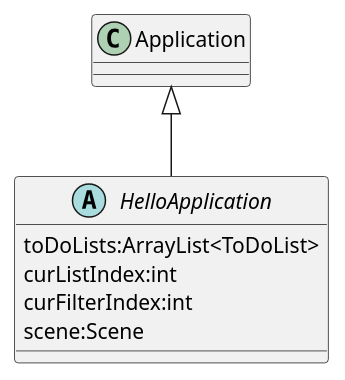
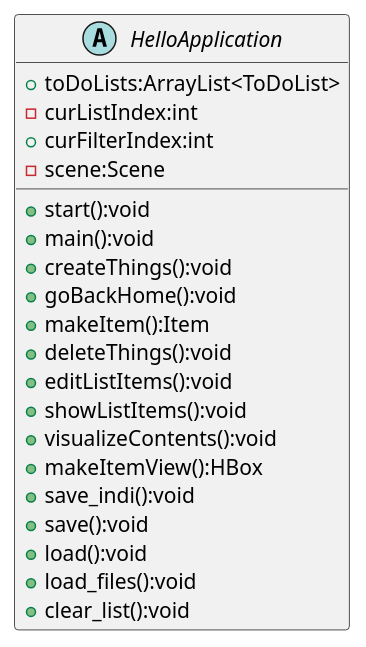
The diagram in src/uml/HelloApplication.puml (tiffanythani/Thani-cop3330-assignment4part2), drawn with PlantUML before and after one commit. The commit also changed 10 other files, not shown here.

```diff
--- a/src/uml/HelloApplication.puml
+++ b/src/uml/HelloApplication.puml
@@ -1,15 +1,26 @@
 @startuml
 'https://plantuml.com/class-diagram
 
 abstract class HelloApplication{
-     toDoLists:ArrayList<ToDoList>
-     curListIndex:int
-     curFilterIndex:int
-     scene:Scene
+    +toDoLists:ArrayList<ToDoList>
+    -curListIndex:int
+    +curFilterIndex:int
+    -scene:Scene
+    +start():void
+    +main():void
+    +createThings():void
+    +goBackHome():void
+    +makeItem():Item
+    +deleteThings():void
+    +editListItems():void
+    +showListItems():void
+    +visualizeContents():void
+    +makeItemView():HBox
+    +save_indi():void
+    +save():void
+    +load():void
+    +load_files():void
+    +clear_list():void
 }
 
-
-Application <|-- HelloApplication
-
-
 @enduml
```
